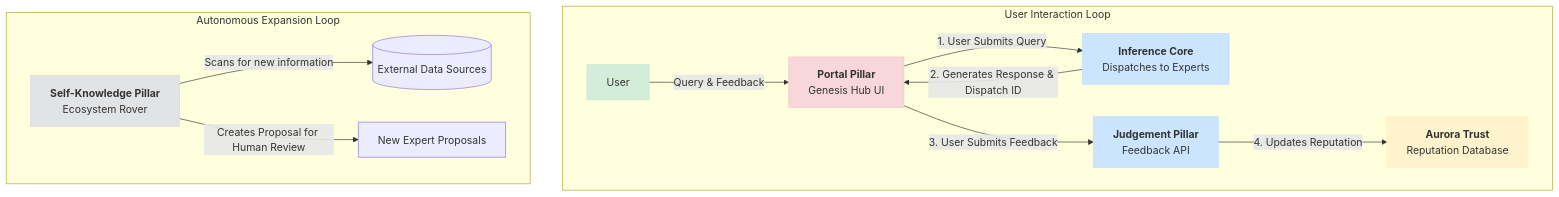
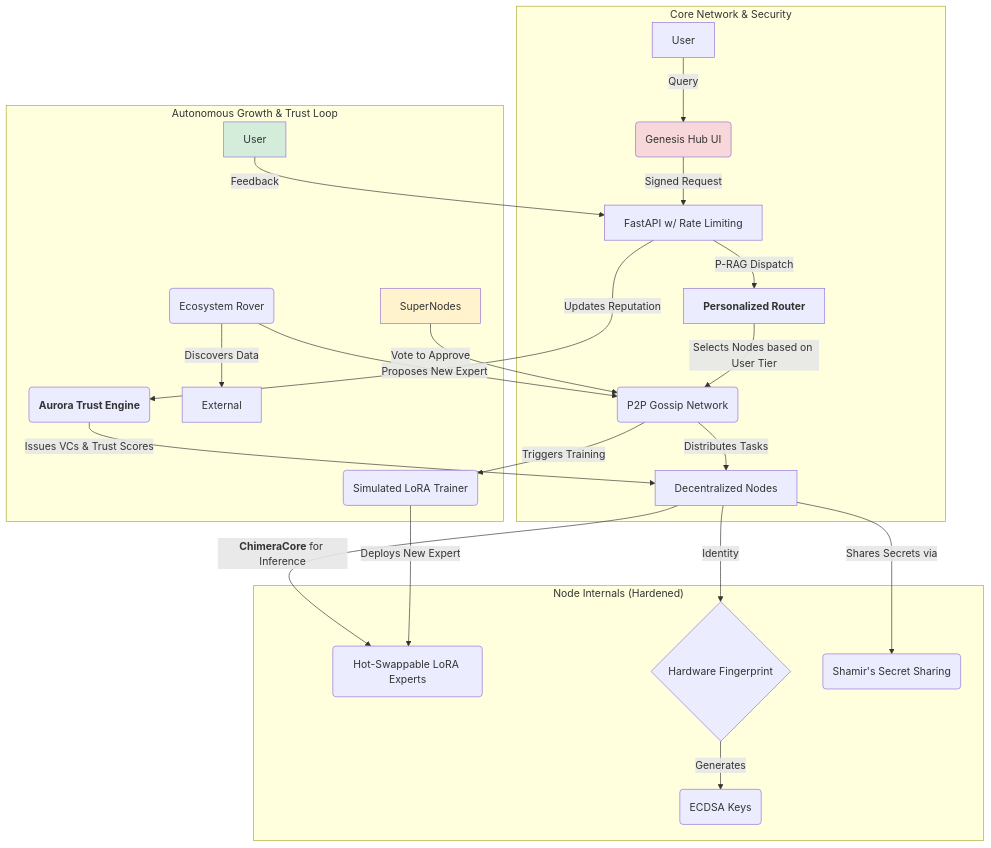
Before and after one commit to vandoanh1999/trustcert-ai-: the diagram in README.md, drawn with Mermaid. The commit also changed other lines of this file and 20 other files, not shown here.

````diff
--- a/README.md
+++ b/README.md
@@ -25,22 +21,33 @@
 ```mermaid
 graph TD
-    subgraph User Interaction Loop
-        User -- "Query & Feedback" --> Portal[<B>Portal Pillar</B><br>Genesis Hub UI];
-        Portal -- "1. User Submits Query" --> Inference[<B>Inference Core</B><br>Dispatches to Experts];
-        Inference -- "2. Generates Response & Dispatch ID" --> Portal;
-        Portal -- "3. User Submits Feedback" --> Judgement[<B>Judgement Pillar</B><br>Feedback API];
-        Judgement -- "4. Updates Reputation" --> AuroraTrust[<B>Aurora Trust</B><br>Reputation Database];
+    subgraph "Core Network & Security"
+        A[User] -- Query --> Hub(Genesis Hub UI);
+        Hub -- Signed Request --> API[FastAPI w/ Rate Limiting];
+        API -- P-RAG Dispatch --> Router[<B>Personalized Router</B>];
+        Router -- Selects Nodes based on User Tier --> P2P;
+        P2P(P2P Gossip Network);
+        P2P -- Distributes Tasks --> Nodes[Decentralized Nodes];
     end
 
-    subgraph Autonomous Expansion Loop
-        Rover[<B>Self-Knowledge Pillar</B><br>Ecosystem Rover] -- "Scans for new information" --> Data[(External Data Sources)];
-        Rover -- "Creates Proposal for Human Review" --> Proposals[New Expert Proposals];
+    subgraph "Node Internals (Hardened)"
+        Nodes -- <B>ChimeraCore</B> for Inference --> LoRA(Hot-Swappable LoRA Experts);
+        Nodes -- Identity --> HWID{Hardware Fingerprint};
+        HWID -- Generates --> ECDSA(ECDSA Keys);
+        Nodes -- Shares Secrets via --> SSS(Shamir's Secret Sharing);
     end
 
-    style User fill:#d4edda,stroke:#c3e6cb
-    style Portal fill:#f8d7da,stroke:#f5c6cb
-    style Inference fill:#cce5ff,stroke:#b8daff
-    style Judgement fill:#cce5ff,stroke:#b8daff
-    style AuroraTrust fill:#fff3cd,stroke:#ffeeba
-    style Rover fill:#e2e3e5,stroke:#d6d8db
+    subgraph "Autonomous Growth & Trust Loop"
+        User -- Feedback --> API;
+        API -- Updates Reputation --> Aurora(<B>Aurora Trust Engine</B>);
+        Aurora -- Issues VCs & Trust Scores --> Nodes;
+        Rover(Ecosystem Rover) -- Discovers Data --> External;
+        Rover -- Proposes New Expert --> P2P;
+        SuperNodes -- Vote to Approve --> P2P;
+        P2P -- Triggers Training --> Trainer(Simulated LoRA Trainer);
+        Trainer -- Deploys New Expert --> LoRA;
+    end
+
+    style User fill:#d4edda
+    style Hub fill:#f8d7da
+    style SuperNodes fill:#fff3cd
 ```
````
